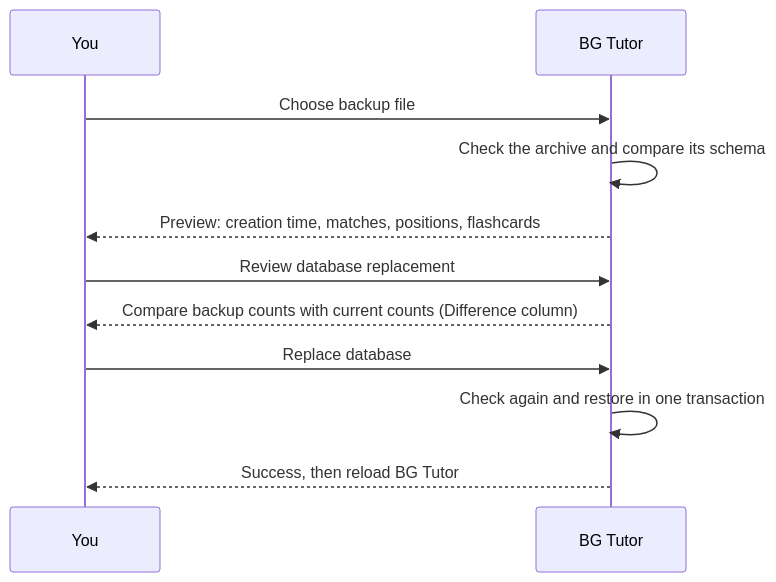
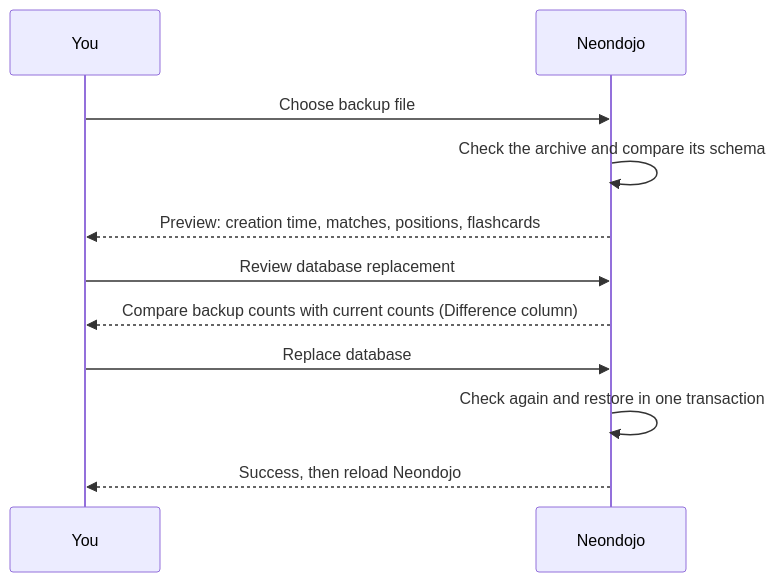
One commit to HendrikReh/neondojo changed the sixth of 7 diagrams in docs/user-guide/README.md. Above: the diagram before and after it, drawn with Mermaid. The commit also changed other lines of this file and 280 other files, not shown here.

````diff
--- a/docs/user-guide/README.md
+++ b/docs/user-guide/README.md
@@ -651,13 +651,13 @@
 ```mermaid
 sequenceDiagram
   participant U as You
-  participant B as BG Tutor
+  participant B as Neondojo
   U->>B: Choose backup file
   B->>B: Check the archive and compare its schema
   B-->>U: Preview: creation time, matches, positions, flashcards
   U->>B: Review database replacement
   B-->>U: Compare backup counts with current counts (Difference column)
   U->>B: Replace database
   B->>B: Check again and restore in one transaction
-  B-->>U: Success, then reload BG Tutor
+  B-->>U: Success, then reload Neondojo
 ```
````
